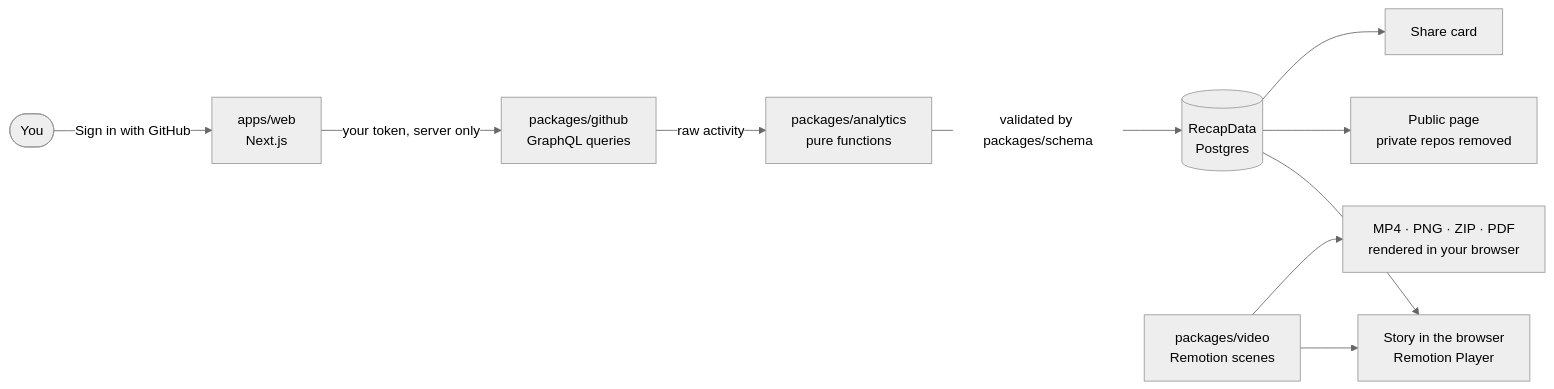
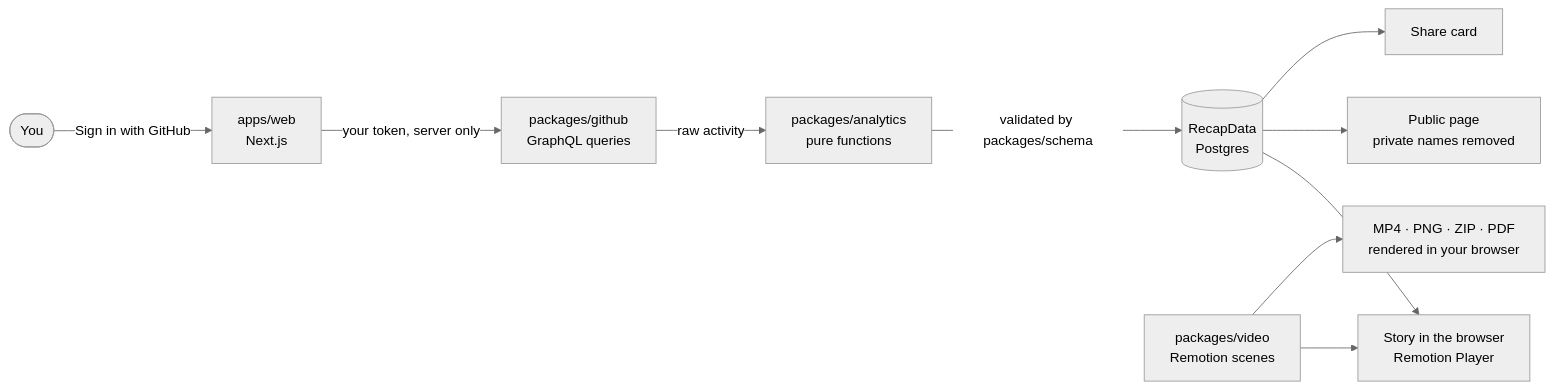
The diagram in README.md (habibiahmada/wrapyourgit), drawn with Mermaid (neutral theme) before and after one commit. The commit also changed 3 other files, not shown here.

````diff
--- a/README.md
+++ b/README.md
@@ -145,12 +145,12 @@
 ```mermaid
 flowchart LR
   user([You]) -->|Sign in with GitHub| web[apps/web<br>Next.js]
   web -->|your token, server only| gh[packages/github<br>GraphQL queries]
   gh -->|raw activity| an[packages/analytics<br>pure functions]
   an -->|validated by packages/schema| rd[(RecapData<br>Postgres)]
   rd --> player[Story in the browser<br>Remotion Player]
-  rd --> pub[Public page<br>private repos removed]
+  rd --> pub[Public page<br>private names removed]
   rd --> card[Share card]
   video[packages/video<br>Remotion scenes] --> player
   video --> exports[MP4 · PNG · ZIP · PDF<br>rendered in your browser]
 ```
````
